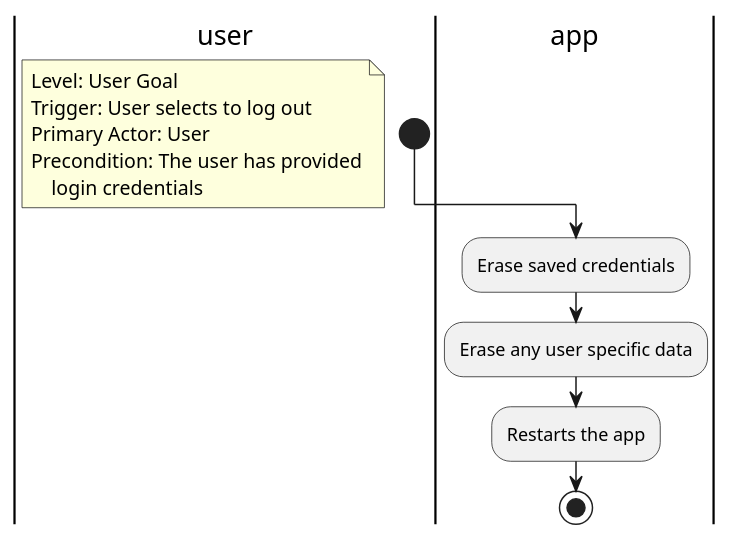
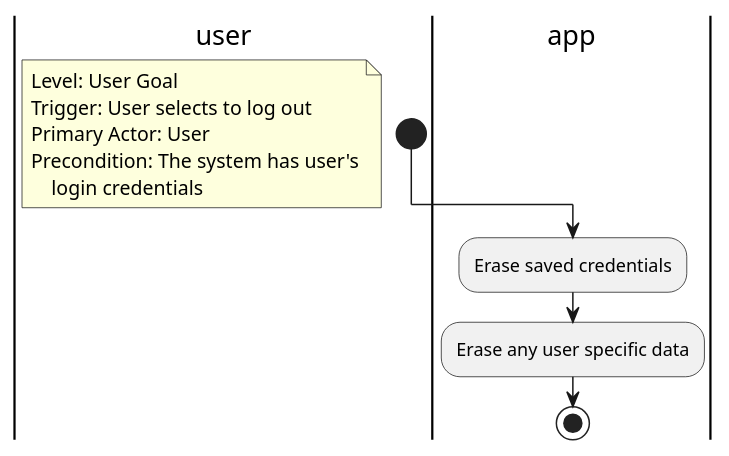
One commit to hristo-stefanov/MiniBankingDemo changed the diagram in diagrams/User Goal/Logout Activity Diagram.puml. Above: the diagram before and after it, drawn with PlantUML. The commit also changed 7 other files, not shown here.

```diff
--- a/diagrams/User Goal/Logout Activity Diagram.puml
+++ b/diagrams/User Goal/Logout Activity Diagram.puml
@@ -1,22 +1,21 @@
 @startuml
 'https://plantuml.com/activity-diagram-beta
 
 'TODO refine
 |user|
 start
 
 floating note left
 Level: User Goal
 Trigger: User selects to log out
 Primary Actor: User
-Precondition: The user has provided
+Precondition: The system has user's
     login credentials
 end note
 
 |app|
 :Erase saved credentials;
 :Erase any user specific data;
-:Restarts the app;
 stop
 
 @enduml
```
